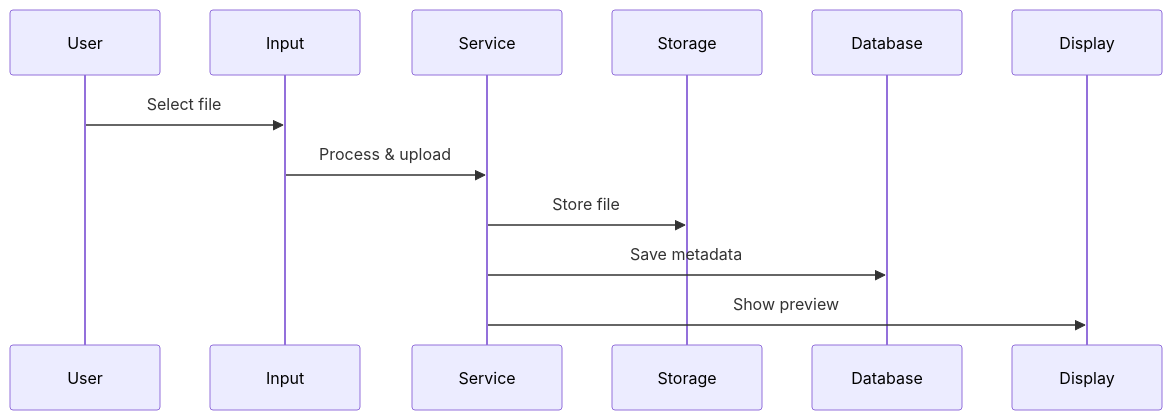
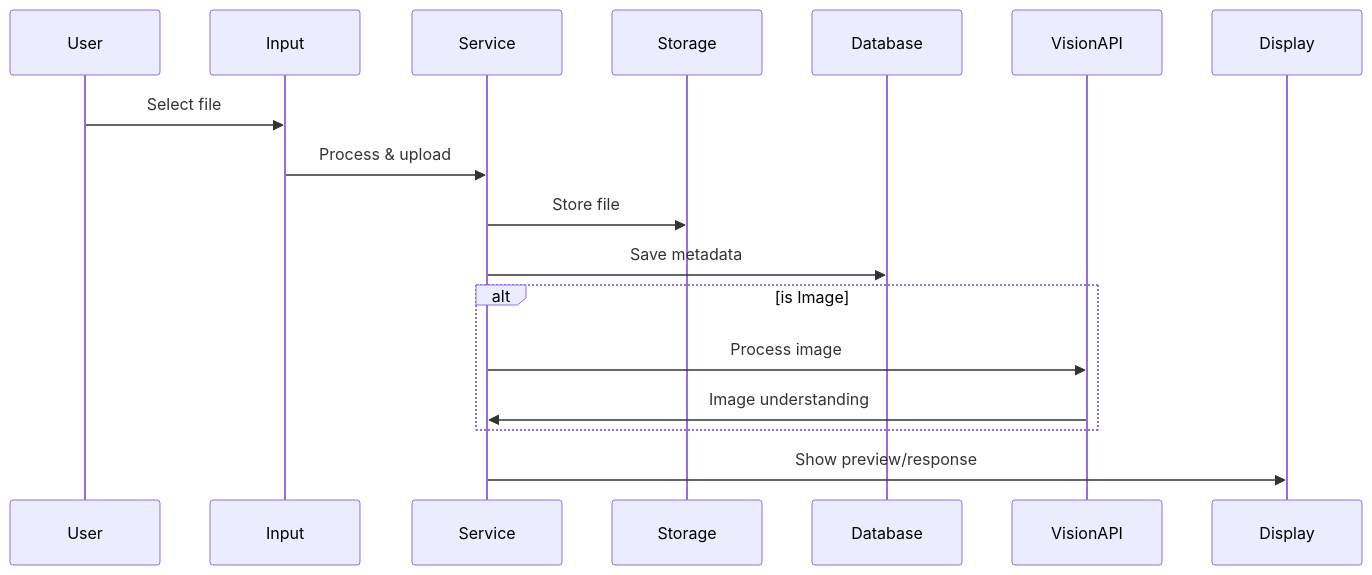
The diagram in docs/attachment-chat-workflow.md (david3xu/cira-ai-chatbot), drawn with Mermaid before and after one commit. The commit also changed other lines of this file and 24 other files, not shown here.

````diff
--- a/docs/attachment-chat-workflow.md
+++ b/docs/attachment-chat-workflow.md
@@ -40,8 +52,12 @@
 ```mermaid
 sequenceDiagram
     User->>Input: Select file
     Input->>Service: Process & upload
     Service->>Storage: Store file
     Service->>Database: Save metadata
-    Service->>Display: Show preview
+    alt is Image
+        Service->>VisionAPI: Process image
+        VisionAPI->>Service: Image understanding
+    end
+    Service->>Display: Show preview/response
 ```
````
